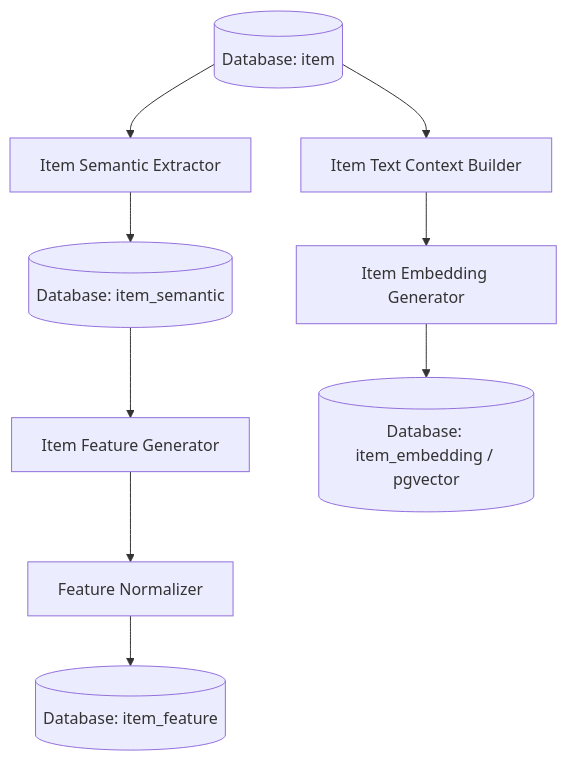
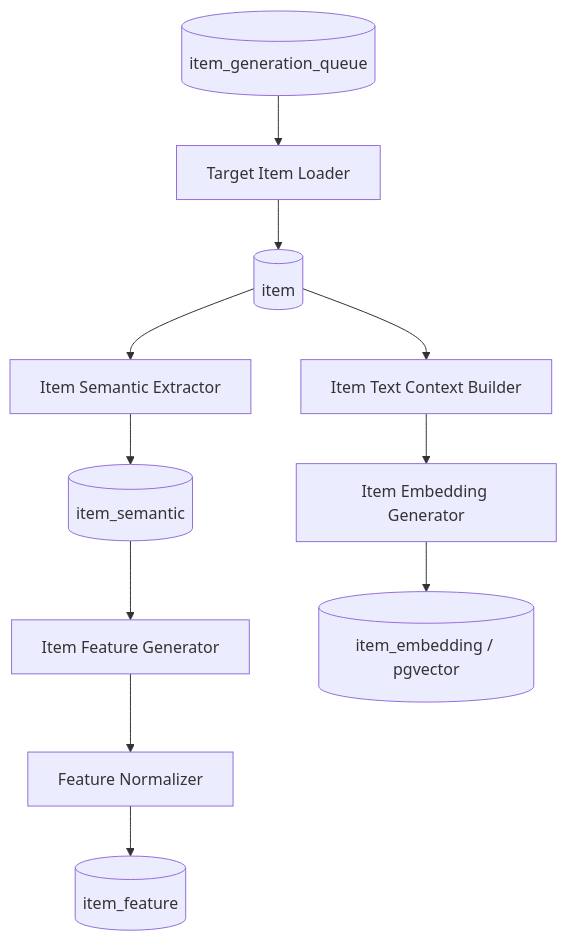
One commit to ryo-chan-k6/GiftRecommendAPP_MVP_CYCLE_3 changed the eighth of 10 diagrams in docs/05_アプリケーション設計/アプリ/処理構成定義書.md. Above: the diagram before and after it, drawn with Mermaid. The commit also changed other lines of this file, not shown here.

````diff
--- a/docs/05_アプリケーション設計/アプリ/処理構成定義書.md
+++ b/docs/05_アプリケーション設計/アプリ/処理構成定義書.md
@@ -694,12 +1165,14 @@
 ```mermaid
 flowchart TD
-    A[(Database: item)] --> B[Item Semantic Extractor]
-    B --> C[(Database: item_semantic)]
-    C --> D[Item Feature Generator]
-    D --> E[Feature Normalizer]
-    E --> F[(Database: item_feature)]
+    A[(item_generation_queue)] --> B[Target Item Loader]
+    B --> C[(item)]
+    C --> D[Item Semantic Extractor]
+    D --> E[(item_semantic)]
+    E --> F[Item Feature Generator]
+    F --> G[Feature Normalizer]
+    G --> H[(item_feature)]
 
-    A --> G[Item Text Context Builder]
-    G --> H[Item Embedding Generator]
-    H --> I[(Database: item_embedding / pgvector)]
+    C --> I[Item Text Context Builder]
+    I --> J[Item Embedding Generator]
+    J --> K[(item_embedding / pgvector)]
 ```
````
